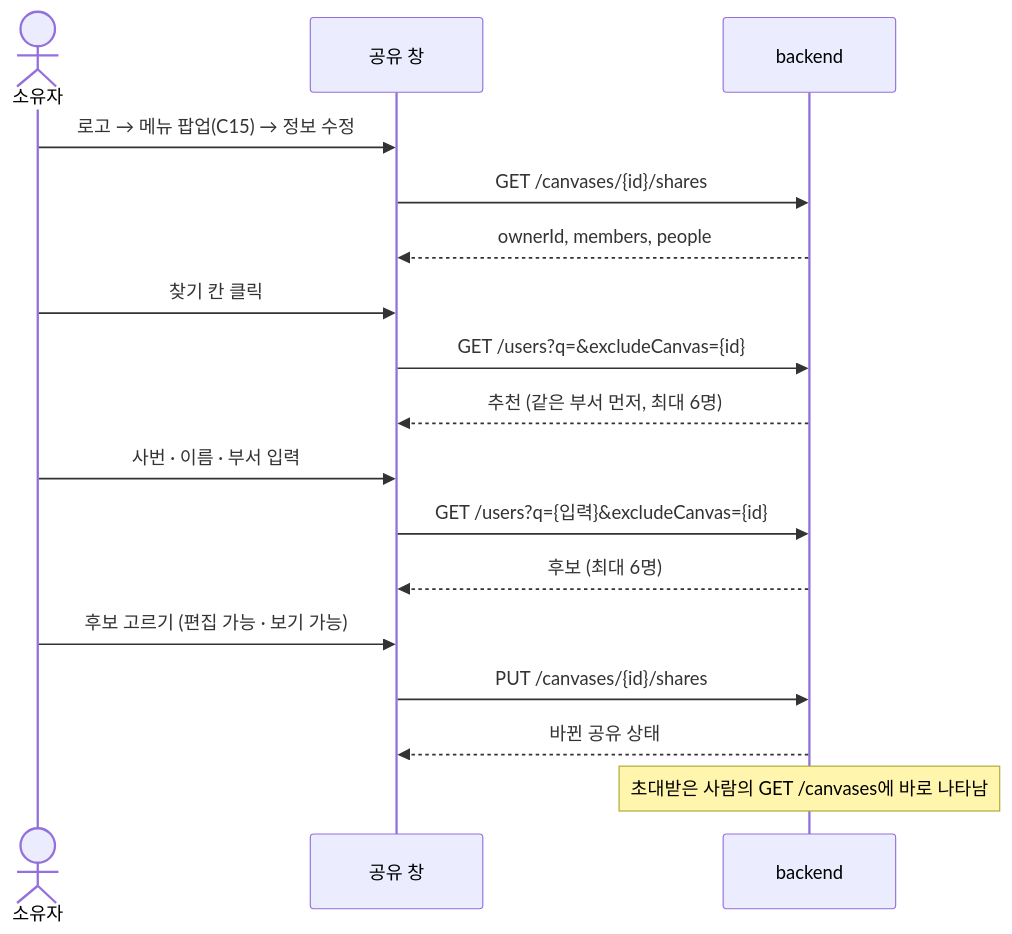
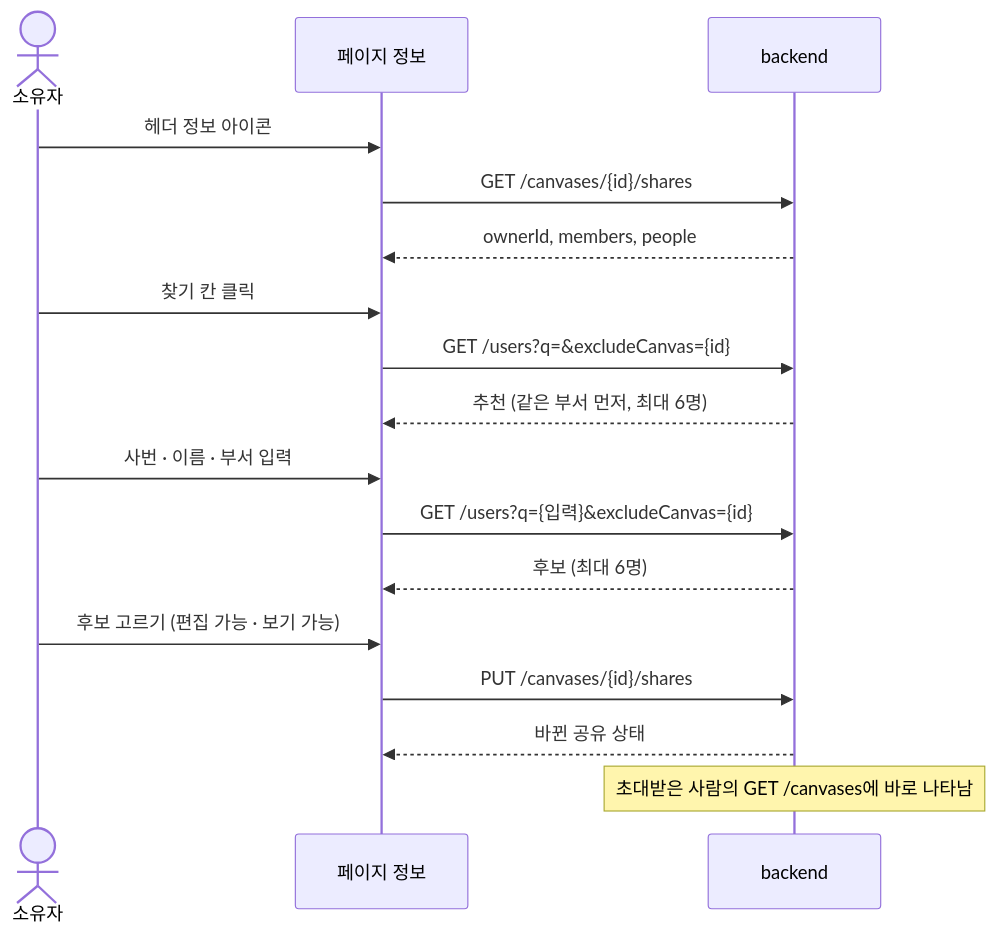
The third of 7 diagrams in docs/frontend/api-diagram.md (vamos-team/telescope), drawn with Mermaid before and after one commit. The commit also changed other lines of this file and 8 other files, not shown here.

````diff
--- a/docs/frontend/api-diagram.md
+++ b/docs/frontend/api-diagram.md
@@ -81,20 +81,20 @@
 ```mermaid
 sequenceDiagram
   actor U as 소유자
-  participant F as 공유 창
+  participant F as 페이지 정보
   participant B as backend
 
-  U->>F: 로고 → 메뉴 팝업(C15) → 정보 수정
+  U->>F: 헤더 정보 아이콘
   F->>B: GET /canvases/{id}/shares
   B-->>F: ownerId, members, people
   U->>F: 찾기 칸 클릭
   F->>B: GET /users?q=&excludeCanvas={id}
   B-->>F: 추천 (같은 부서 먼저, 최대 6명)
   U->>F: 사번 · 이름 · 부서 입력
   F->>B: GET /users?q={입력}&excludeCanvas={id}
   B-->>F: 후보 (최대 6명)
   U->>F: 후보 고르기 (편집 가능 · 보기 가능)
   F->>B: PUT /canvases/{id}/shares
   B-->>F: 바뀐 공유 상태
   Note over B: 초대받은 사람의 GET /canvases에 바로 나타남
 ```
````
